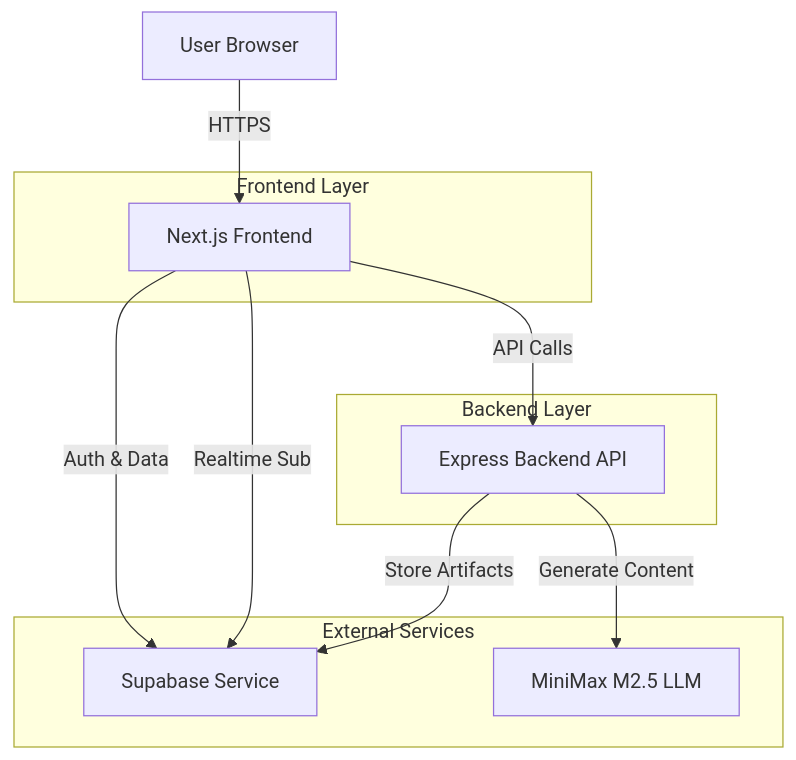
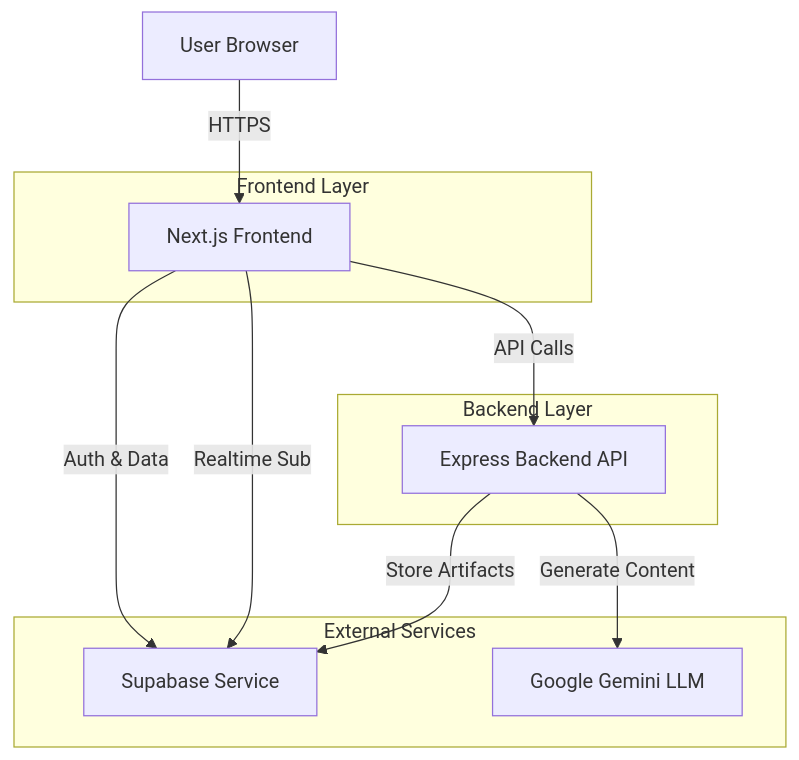
The first of 2 diagrams in .kiro/specs/ai-architect-hub/design.md (sammyZi/BuildFlow), drawn with Mermaid before and after one commit. The commit also changed other lines of this file and 9 other files, not shown here.

First line of the commit message:
feat(llm): Replace MiniMax with Google Gemini API integration

````diff
--- a/.kiro/specs/ai-architect-hub/design.md
+++ b/.kiro/specs/ai-architect-hub/design.md
@@ -21,28 +21,28 @@
 ```mermaid
 graph TB
     User[User Browser]
     NextJS[Next.js Frontend]
     Express[Express Backend API]
     Supabase[Supabase Service]
-    MiniMax[MiniMax M2.5 LLM]
+    Gemini[Google Gemini LLM]
     
     User -->|HTTPS| NextJS
     NextJS -->|API Calls| Express
     NextJS -->|Auth & Data| Supabase
     NextJS -->|Realtime Sub| Supabase
     Express -->|Store Artifacts| Supabase
-    Express -->|Generate Content| MiniMax
+    Express -->|Generate Content| Gemini
     
     subgraph "Frontend Layer"
         NextJS
     end
     
     subgraph "Backend Layer"
         Express
     end
     
     subgraph "External Services"
         Supabase
-        MiniMax
+        Gemini
     end
 ```
````
